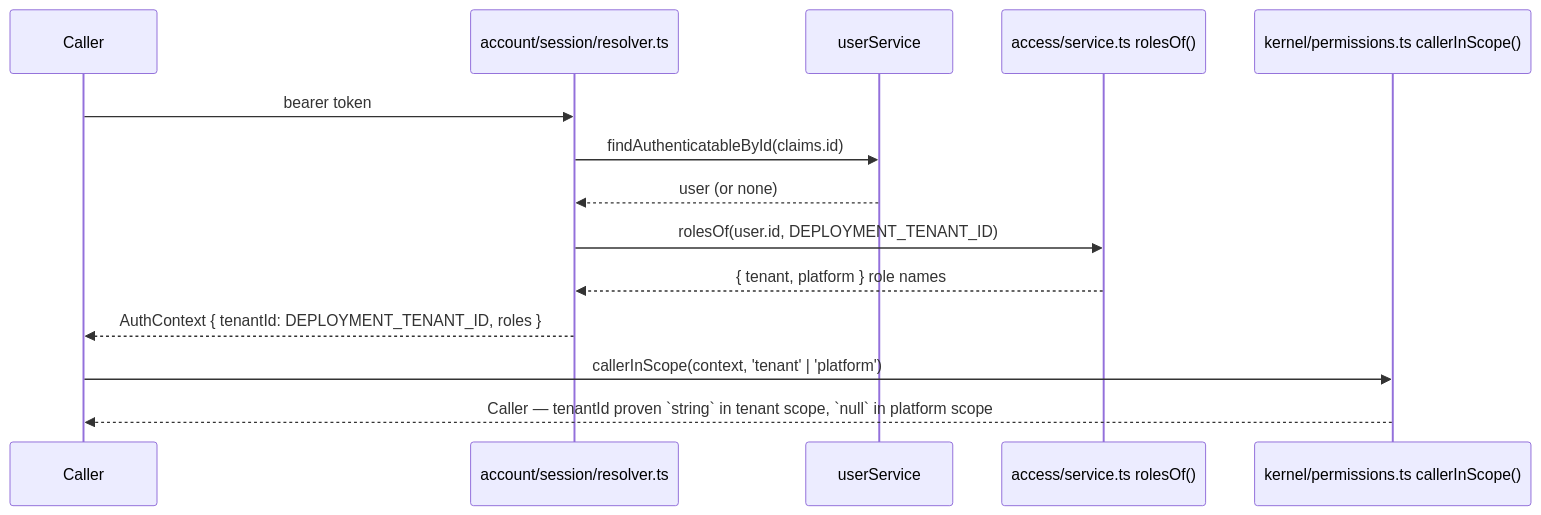
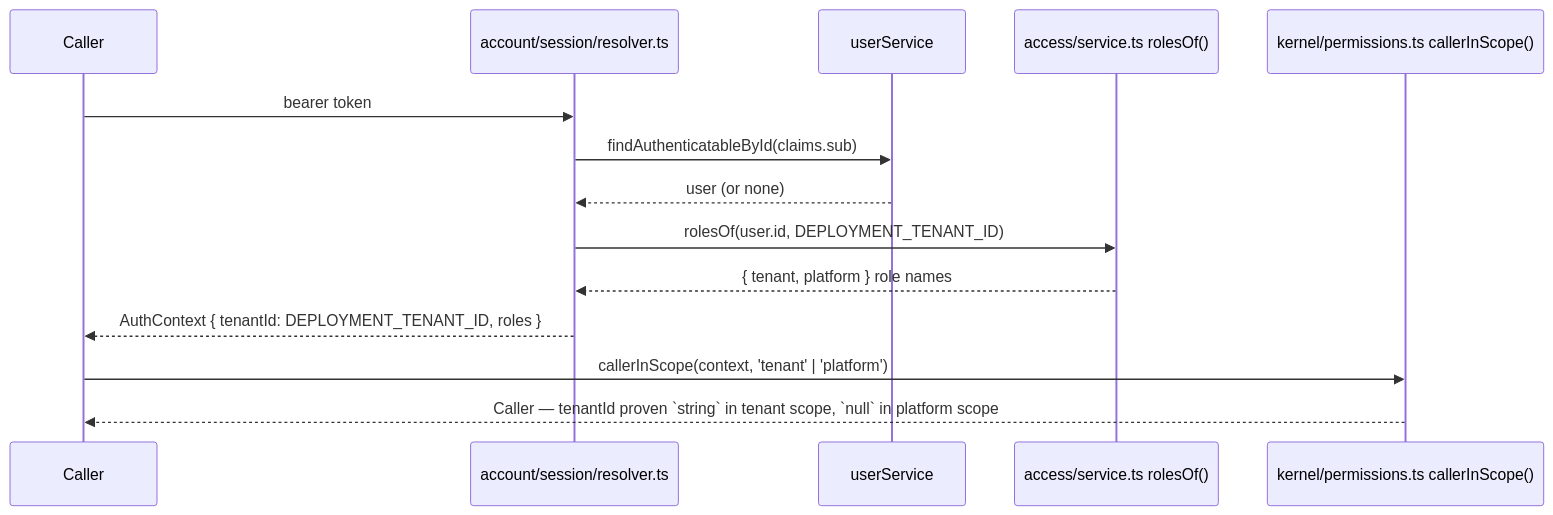
Before and after one commit to Guebbit/boilerplate-node-backend: the third of 3 diagrams in docs/theory/tenancy.md, drawn with Mermaid. The commit also changed 11 other files, not shown here.

````diff
--- a/docs/theory/tenancy.md
+++ b/docs/theory/tenancy.md
@@ -112,17 +112,17 @@
 ```mermaid
 sequenceDiagram
     participant C as Caller
     participant R as account/session/resolver.ts
     participant U as userService
     participant S as access/service.ts rolesOf()
     participant P as kernel/permissions.ts callerInScope()
 
     C->>R: bearer token
-    R->>U: findAuthenticatableById(claims.id)
+    R->>U: findAuthenticatableById(claims.sub)
     U-->>R: user (or none)
     R->>S: rolesOf(user.id, DEPLOYMENT_TENANT_ID)
     S-->>R: { tenant, platform } role names
     R-->>C: AuthContext { tenantId: DEPLOYMENT_TENANT_ID, roles }
     C->>P: callerInScope(context, 'tenant' | 'platform')
     P-->>C: Caller — tenantId proven `string` in tenant scope, `null` in platform scope
 ```
````
